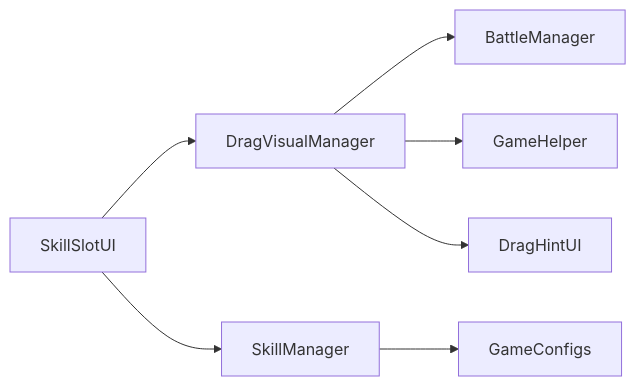
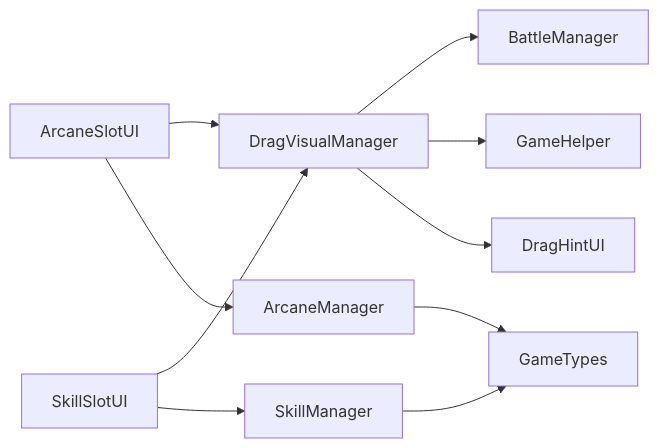
Before and after one commit to Tuusen/p1_client: the fourth of 4 diagrams in .qoder/repowiki/zh/content/用户界面系统/拖拽与可视化系统.md, drawn with Mermaid. The commit also changed other lines of this file and 25 other files, not shown here.

````diff
--- a/.qoder/repowiki/zh/content/用户界面系统/拖拽与可视化系统.md
+++ b/.qoder/repowiki/zh/content/用户界面系统/拖拽与可视化系统.md
@@ -247,9 +283,12 @@
 ```mermaid
 graph LR
-SS["SkillSlotUI"] --> DVM["DragVisualManager"]
-SS --> SM["SkillManager"]
+ASS["ArcaneSlotUI"] --> DVM["DragVisualManager"]
+ASS --> AM["ArcaneManager"]
+SSS["SkillSlotUI"] --> DVM
+SSS --> SM["SkillManager"]
 DVM --> BM["BattleManager"]
 DVM --> GH["GameHelper"]
 DVM --> DHU["DragHintUI"]
-SM --> GC["GameConfigs"]
+SM --> GT["GameTypes"]
+AM --> GT
 ```
````
